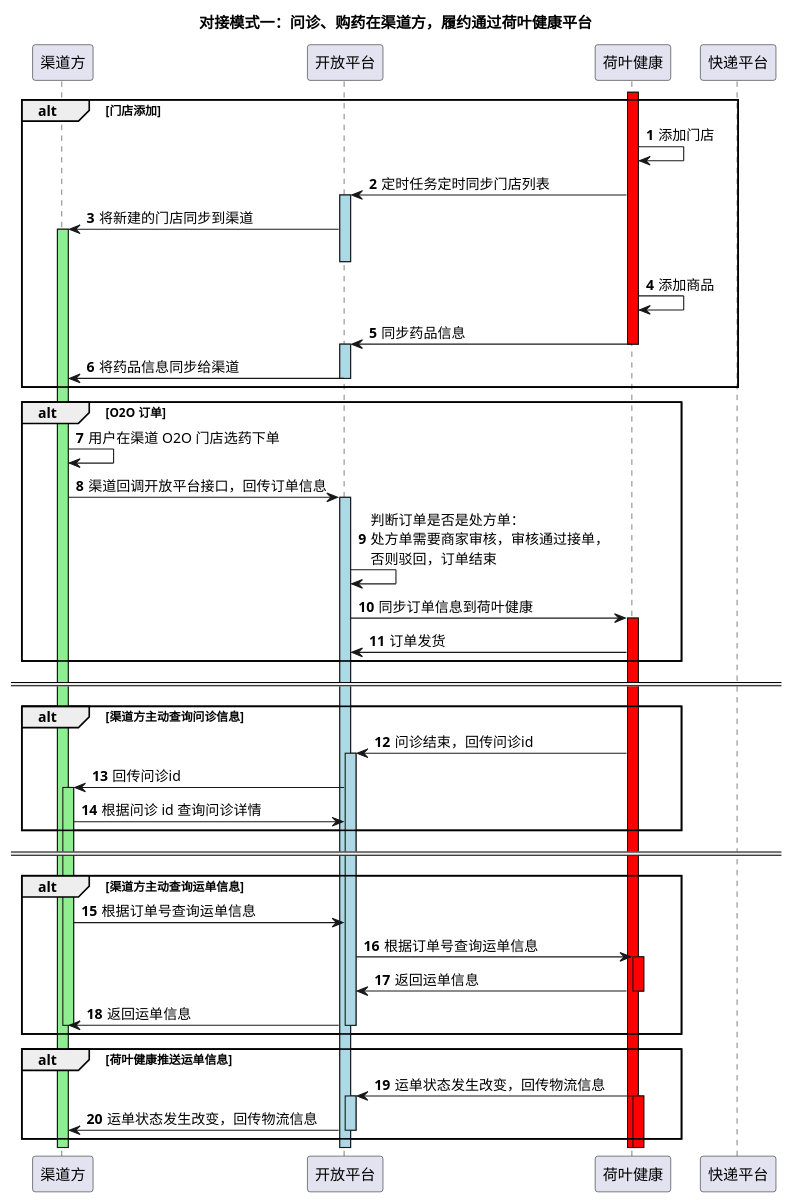
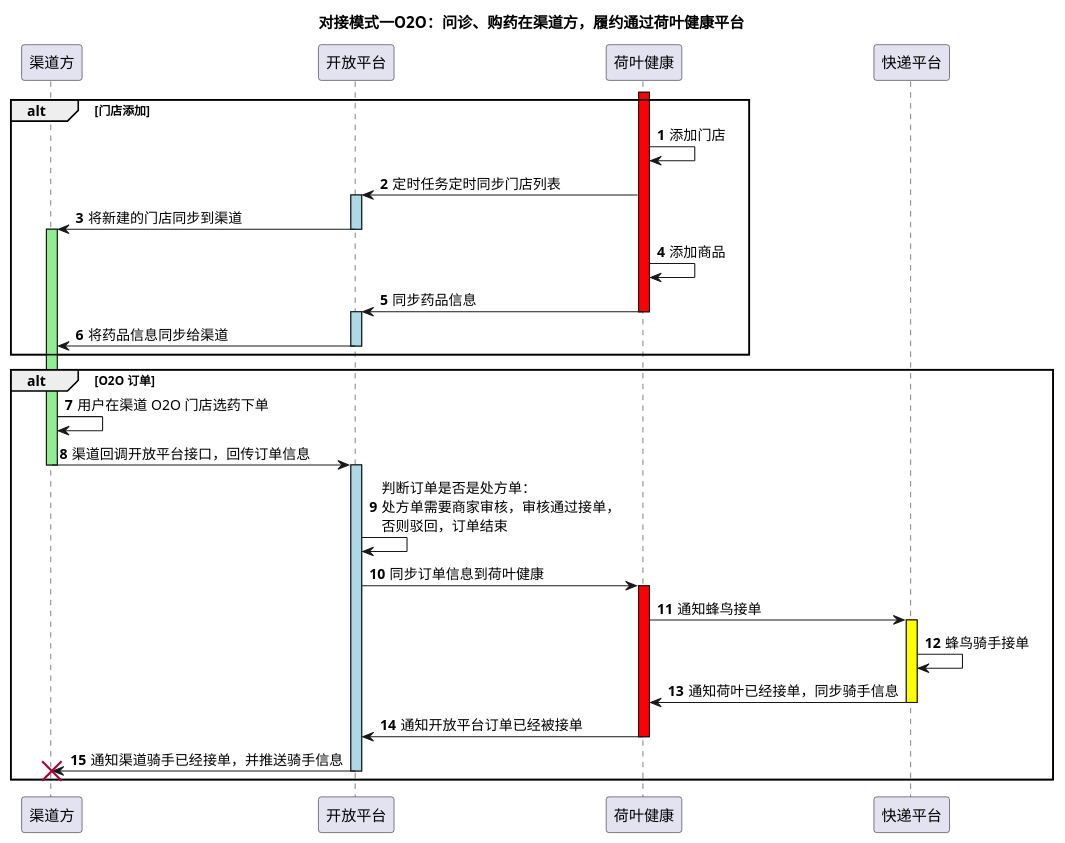
Before and after one commit to sunyue0315/Java_Record: the diagram in workutil/worktest/src/main/java/com/anzhi/worktest/plantuml/heyeOpenApiPlatform-Logistics.puml, drawn with PlantUML.

Commit message:
1.提交

```diff
--- a/workutil/worktest/src/main/java/com/anzhi/worktest/plantuml/heyeOpenApiPlatform-Logistics.puml
+++ b/workutil/worktest/src/main/java/com/anzhi/worktest/plantuml/heyeOpenApiPlatform-Logistics.puml
@@ -1,64 +1,45 @@
 @startuml
-title 对接模式一：问诊、购药在渠道方，履约通过荷叶健康平台
+title 对接模式一O2O：问诊、购药在渠道方，履约通过荷叶健康平台
 autonumber
 participant "渠道方" as channel
 participant "开放平台" as openApi
 participant "荷叶健康" as heye
 participant "快递平台" as kuaiDi
 
 alt 门店添加
 activate  heye #red
-    heye -> heye : 添加门店
-    heye -> openApi : 定时任务定时同步门店列表
+heye -> heye : 添加门店
+heye -> openApi : 定时任务定时同步门店列表
 activate openApi #lightBlue
-    openApi -> channel : 将新建的门店同步到渠道
+openApi -> channel : 将新建的门店同步到渠道
+deactivate openApi
 activate channel #lightGreen
 deactivate openApi
-    heye -> heye : 添加商品
-    heye -> openApi : 同步药品信息
+heye -> heye : 添加商品
+heye -> openApi : 同步药品信息
 deactivate heye
 activate openApi #lightBlue
-    openApi -> channel : 将药品信息同步给渠道
+openApi -> channel : 将药品信息同步给渠道
 deactivate openApi
-
 end
 
 alt O2O 订单
 channel -> channel : 用户在渠道 O2O 门店选药下单
 channel -> openApi : 渠道回调开放平台接口，回传订单信息
+deactivate channel
 activate openApi #lightBlue
-    openApi -> openApi : 判断订单是否是处方单：\n处方单需要商家审核，审核通过接单，\n否则驳回，订单结束
-    openApi -> heye : 同步订单信息到荷叶健康
-    activate heye #red
-        heye -> openApi : 订单发货
-end
-====
-alt 渠道方主动查询问诊信息
-heye -> openApi : 问诊结束，回传问诊id
-activate openApi #lightBlue
-    openApi -> channel : 回传问诊id
-    activate channel #lightGreen
-        channel -> openApi: 根据问诊 id 查询问诊详情
-end
-====
-alt 渠道方主动查询运单信息
-channel -> openApi: 根据订单号查询运单信息
-openApi -> heye : 根据订单号查询运单信息
+openApi -> openApi : 判断订单是否是处方单：\n处方单需要商家审核，审核通过接单，\n否则驳回，订单结束
+openApi -> heye : 同步订单信息到荷叶健康
 activate heye #red
-    heye -> openApi: 返回运单信息
+heye -> kuaiDi : 通知蜂鸟接单
+activate kuaiDi #yellow
+kuaiDi -> kuaiDi : 蜂鸟骑手接单
+kuaiDi -> heye : 通知荷叶已经接单，同步骑手信息
+deactivate kuaiDi
+heye -> openApi : 通知开放平台订单已经被接单
 deactivate heye
-openApi -> channel: 返回运单信息
+openApi -> channel : 通知渠道骑手已经接单，并推送骑手信息
+destroy channel
 deactivate openApi
-deactivate channel
-end
-
-alt 荷叶健康推送运单信息
-heye -> openApi: 运单状态发生改变，回传物流信息
-activate heye #red
-activate openApi #lightBlue
-    openApi -> channel: 运单状态发生改变，回传物流信息
-deactivate openApi
-
-
 end
 @enduml
```
